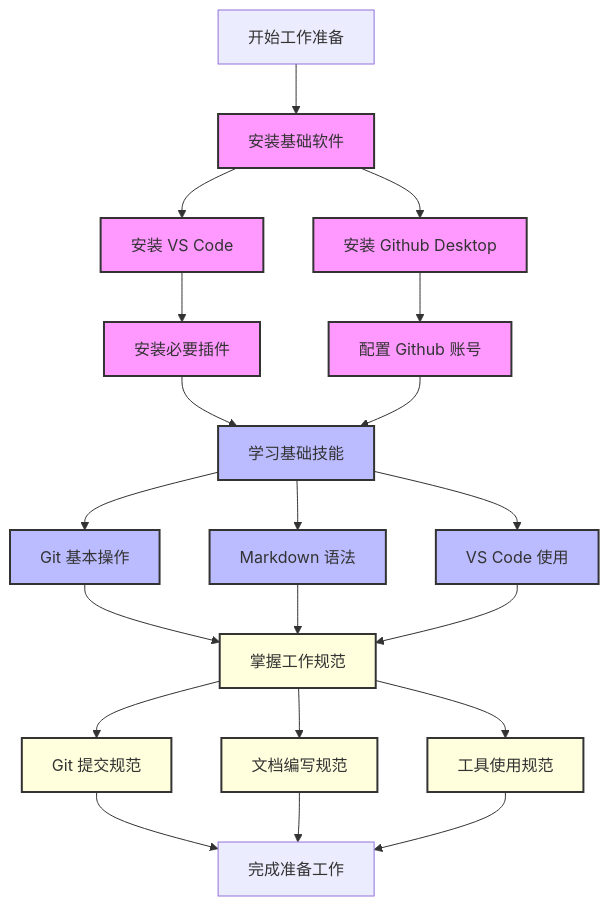
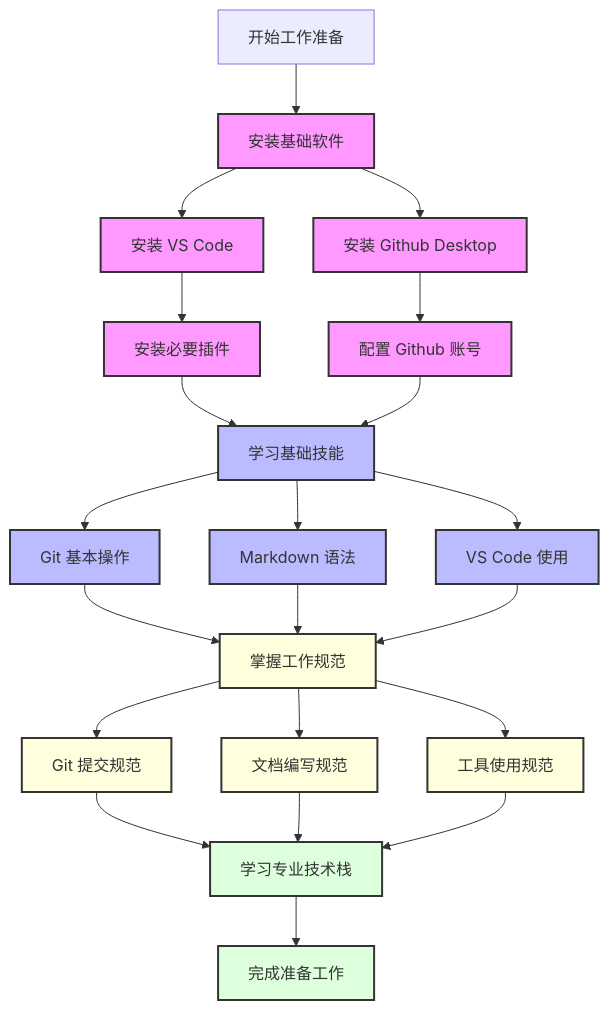
One commit to luccion/WhiteverseDesignWorkflow changed the diagram in README.md. Above: the diagram before and after it, drawn with Mermaid. The commit also changed other lines of this file and 5 other files, not shown here.

````diff
--- a/README.md
+++ b/README.md
@@ -20,39 +38,44 @@
 ```mermaid
 graph TD
     Start[开始工作准备] --> A[安装基础软件]
 
     A --> B1[安装 VS Code]
     A --> B2[安装 Github Desktop]
 
     B1 --> C1[安装必要插件]
     B2 --> C2[配置 Github 账号]
 
     C1 --> D[学习基础技能]
     C2 --> D
 
     D --> E1[Git 基本操作]
     D --> E2[Markdown 语法]
     D --> E3[VS Code 使用]
 
     E1 --> F[掌握工作规范]
     E2 --> F
     E3 --> F
 
     F --> G1[Git 提交规范]
     F --> G2[文档编写规范]
     F --> G3[工具使用规范]
 
-    G1 --> H[完成准备工作]
+    G1 --> H[学习专业技术栈]
     G2 --> H
     G3 --> H
+
+    H --> I[完成准备工作]
 
     %% 样式定义
     classDef setup fill:#f9f,stroke:#333,stroke-width:2px;
     classDef learning fill:#bbf,stroke:#333,stroke-width:2px;
     classDef standard fill:#ffd,stroke:#333,stroke-width:2px;
+    classDef professional fill:#dfd,stroke:#333,stroke-width:2px;
+
 
     %% 应用样式
     class A,B1,B2,C1,C2 setup;
     class D,E1,E2,E3 learning;
     class F,G1,G2,G3 standard;
+    class H,I professional;
 ```
````
